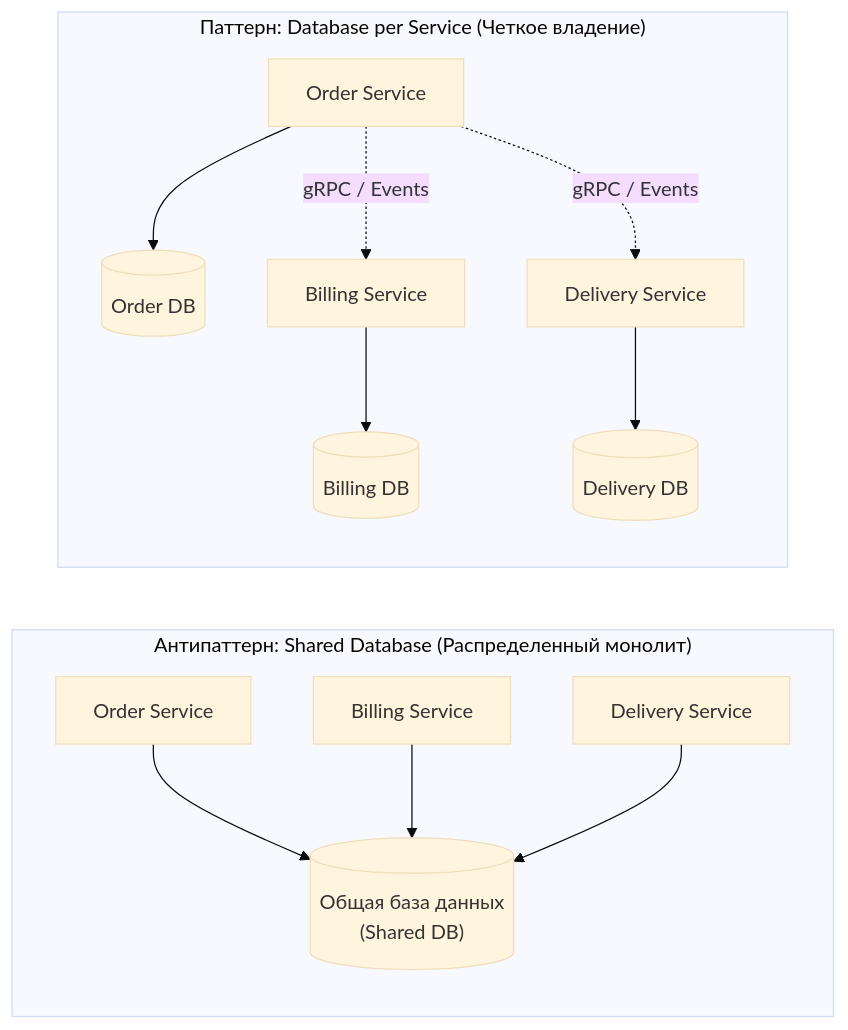
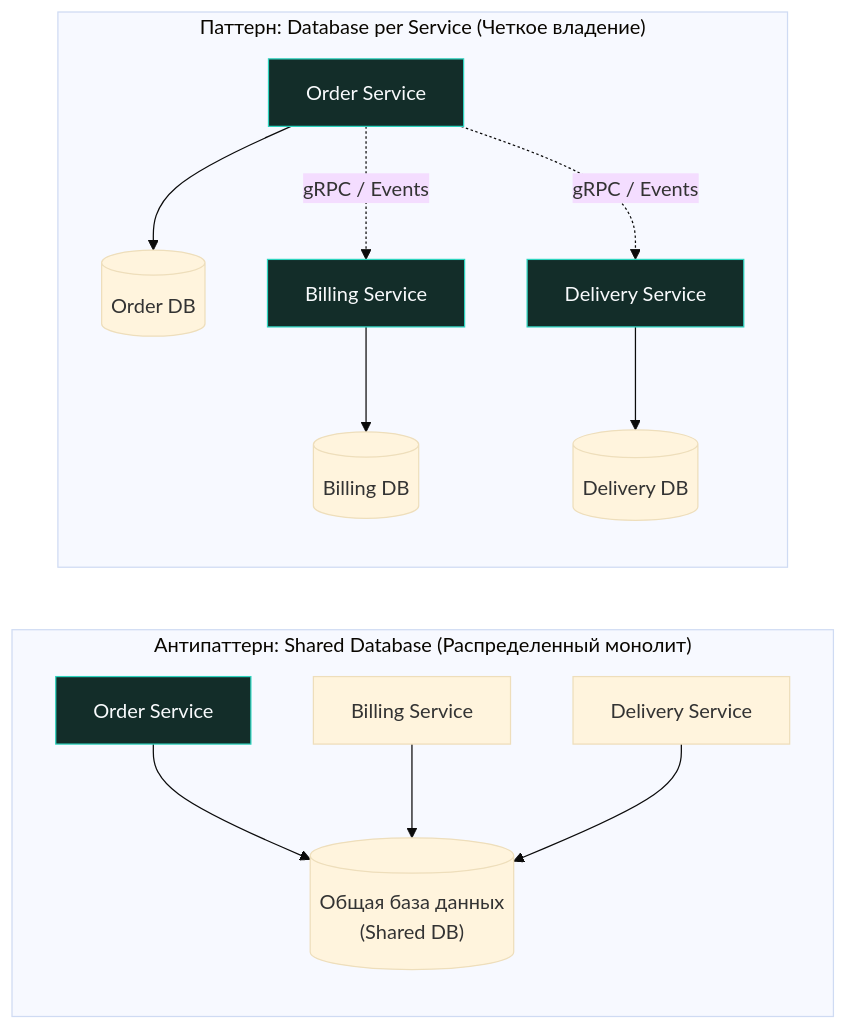
The first of 2 diagrams in sources/14. Распределенные системы на Go/04. Микросервисы/3. Data ownership.md (UnrealTemplier/go-textbook), drawn with Mermaid (base theme) before and after one commit. The commit also changed other lines of this file and 1666 other files, not shown here.

First line of the commit message:
feat(mermaid): add semantic color classDef to 1369 colorless flowchart/graph diagrams

````diff
--- a/sources/14. Распределенные системы на Go/04. Микросервисы/3. Data ownership.md
+++ b/sources/14. Распределенные системы на Go/04. Микросервисы/3. Data ownership.md
@@ -7,18 +7,28 @@
 ```mermaid
 flowchart LR
+    classDef process  fill:#1e293b,stroke:#38bdf8,stroke-width:1px,color:#f8fafc
+    classDef success  fill:#064e3b,stroke:#34d399,stroke-width:1px,color:#f8fafc
+    classDef error    fill:#7f1d1d,stroke:#f87171,stroke-width:1px,color:#f8fafc
+    classDef warning  fill:#78350f,stroke:#fbbf24,stroke-width:1px,color:#f8fafc
+    classDef entry    fill:#1e3a5f,stroke:#38bdf8,stroke-width:2px,color:#f8fafc
+    classDef aux      fill:#334155,stroke:#64748b,stroke-width:1px,color:#f8fafc
+    classDef system   fill:#312e81,stroke:#a78bfa,stroke-width:1px,color:#f8fafc
+    classDef data     fill:#132d29,stroke:#2dd4bf,stroke-width:1px,color:#f8fafc
+    classDef network  fill:#881337,stroke:#fb7185,stroke-width:1px,color:#f8fafc
+    classDef accent   fill:#1e1b4b,stroke:#818cf8,stroke-width:1px,color:#f8fafc
     subgraph AntiPattern["Антипаттерн: Shared Database (Распределенный монолит)"]
         direction TB
-        S1["Order Service"] --> DB[("Общая база данных<br/>(Shared DB)")]
+        S1["Order Service"]:::data --> DB[("Общая база данных<br/>(Shared DB)")]
         S2["Billing Service"] --> DB
         S3["Delivery Service"] --> DB
     end
 
     subgraph BestPractice["Паттерн: Database per Service (Четкое владение)"]
         direction TB
-        OS["Order Service"] --> ODB[("Order DB")]
-        BS["Billing Service"] --> BDB[("Billing DB")]
-        DS["Delivery Service"] --> DDB[("Delivery DB")]
+        OS["Order Service"]:::data --> ODB[("Order DB")]
+        BS["Billing Service"]:::data --> BDB[("Billing DB")]
+        DS["Delivery Service"]:::data --> DDB[("Delivery DB")]
         OS -.->|"gRPC / Events"| BS
         OS -.->|"gRPC / Events"| DS
     end
 ```
````
